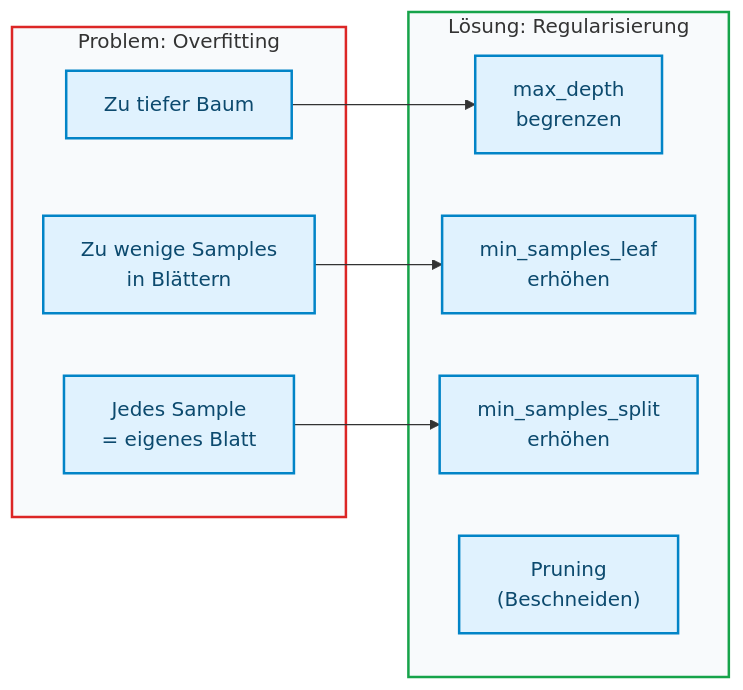
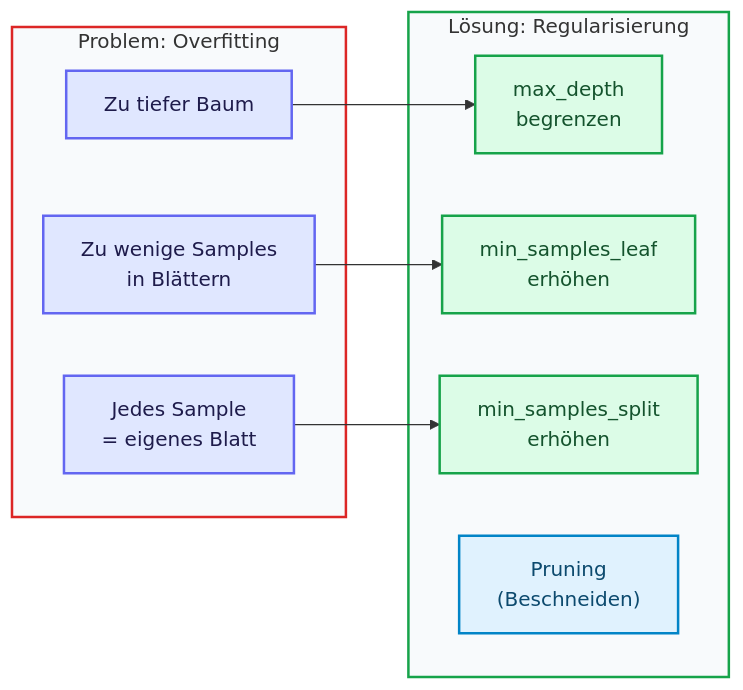
The fifth of 6 diagrams in docs/concepts/modeling/decision_tree.md (ralf-42/ML_Intro), drawn with Mermaid before and after one commit. The commit also changed 49 other files, not shown here.

````diff
--- a/docs/concepts/modeling/decision_tree.md
+++ b/docs/concepts/modeling/decision_tree.md
@@ -187,23 +187,29 @@
 ```mermaid
 flowchart LR
     subgraph problem["Problem: Overfitting"]
         O1["Zu tiefer Baum"]
         O2["Zu wenige Samples<br/>in Blättern"]
         O3["Jedes Sample<br/>= eigenes Blatt"]
     end
     
     subgraph loesung["Lösung: Regularisierung"]
         L1["max_depth<br/>begrenzen"]
         L2["min_samples_leaf<br/>erhöhen"]
         L3["min_samples_split<br/>erhöhen"]
         L4["Pruning<br/>(Beschneiden)"]
     end
     
     O1 --> L1
     O2 --> L2
     O3 --> L3
 
-    classDef default fill:#e0f2fe,stroke:#0284c7,stroke-width:2px,color:#0c4a6e;
     style problem fill:#f8fafc,stroke:#dc2626,stroke-width:2px
     style loesung fill:#f8fafc,stroke:#16a34a,stroke-width:2px
+
+    classDef default fill:#e0f2fe,stroke:#0284c7,stroke-width:2px,color:#0c4a6e;
+    classDef input fill:#e0e7ff,stroke:#6366f1,stroke-width:2px,color:#1e1b4b;
+    classDef output fill:#dcfce7,stroke:#16a34a,stroke-width:2px,color:#14532d;
+
+    class O1,O2,O3 input;
+    class L1,L2,L3 output;
 ```
````
